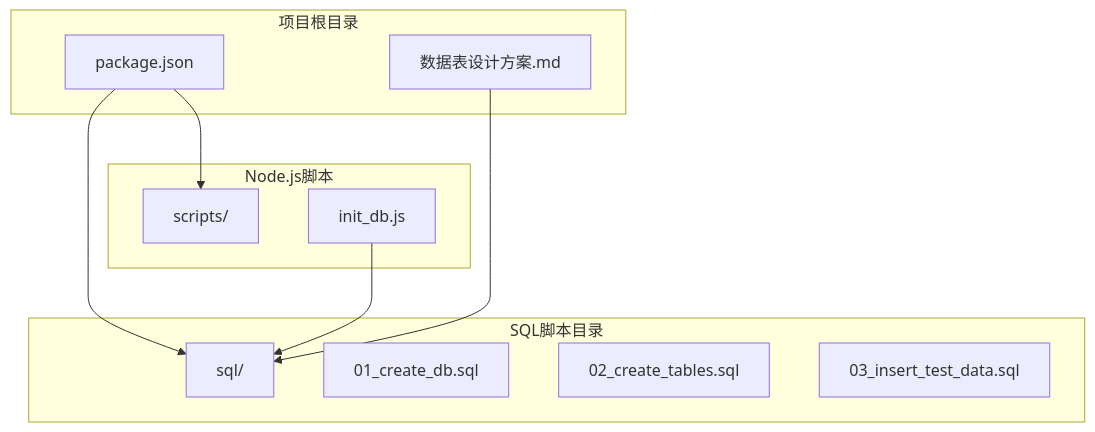
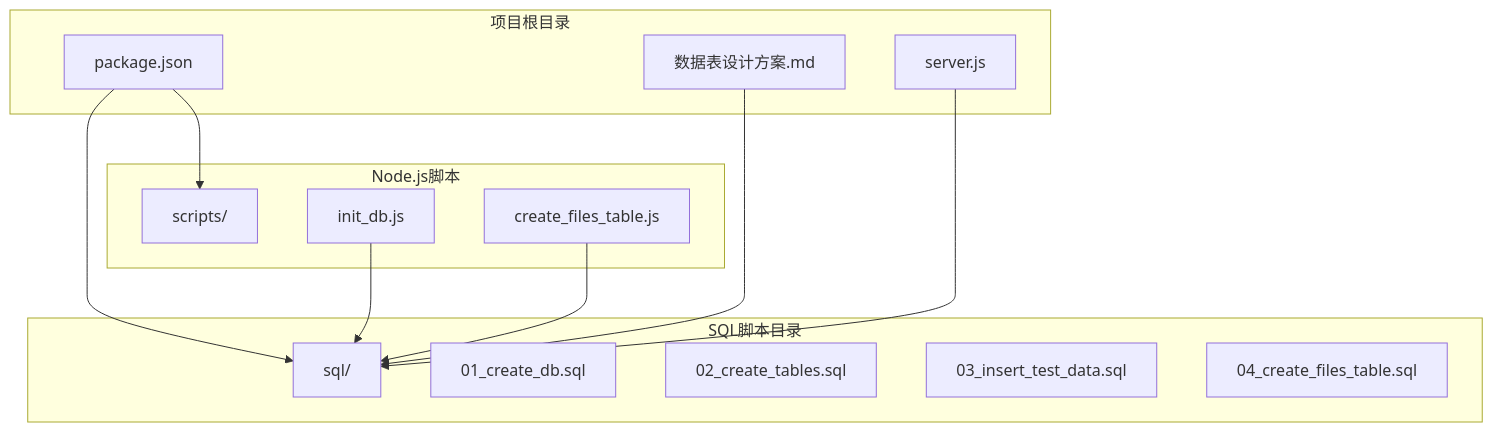
The first of 13 diagrams in .qoder/repowiki/zh/content/数据库脚本详解/数据库脚本详解.md (lane6008/fileTest), drawn with Mermaid before and after one commit. The commit also changed other lines of this file and 7 other files, not shown here.

````diff
--- a/.qoder/repowiki/zh/content/数据库脚本详解/数据库脚本详解.md
+++ b/.qoder/repowiki/zh/content/数据库脚本详解/数据库脚本详解.md
@@ -39,21 +45,26 @@
 ```mermaid
 graph TB
 subgraph "项目根目录"
 A[package.json]
 B[数据表设计方案.md]
+C[server.js]
 end
 subgraph "SQL脚本目录"
-C[sql/]
-C1[01_create_db.sql]
-C2[02_create_tables.sql]
-C3[03_insert_test_data.sql]
+D[sql/]
+D1[01_create_db.sql]
+D2[02_create_tables.sql]
+D3[03_insert_test_data.sql]
+D4[04_create_files_table.sql]
 end
 subgraph "Node.js脚本"
-D[scripts/]
-D1[init_db.js]
+E[scripts/]
+E1[init_db.js]
+E2[create_files_table.js]
 end
-A --> C
 A --> D
-B --> C
-D1 --> C
+A --> E
+B --> D
+C --> D
+E1 --> D
+E2 --> D
 ```
````
